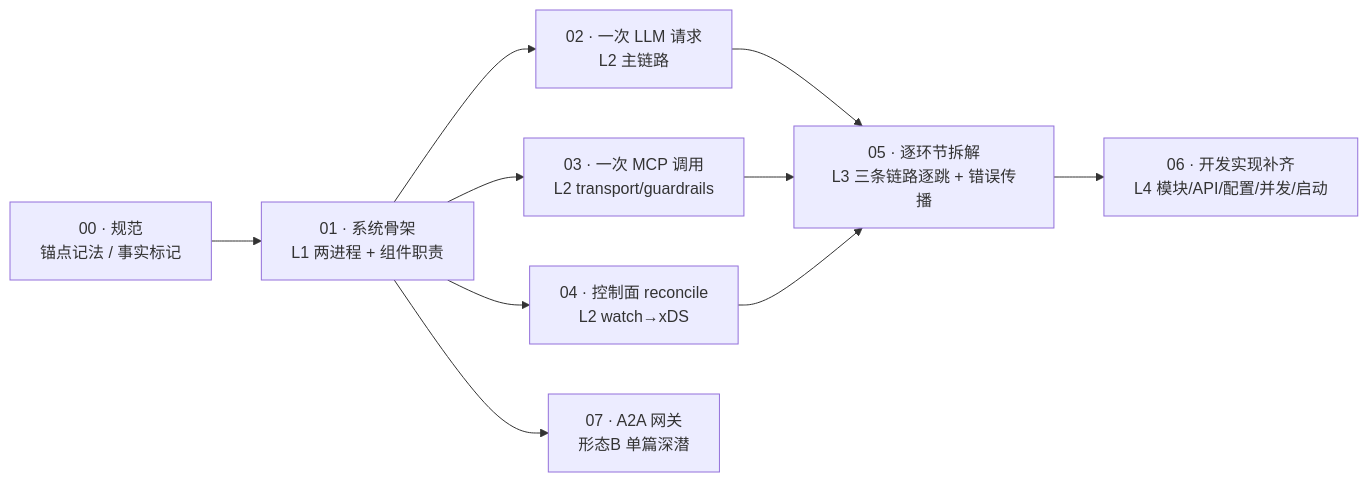
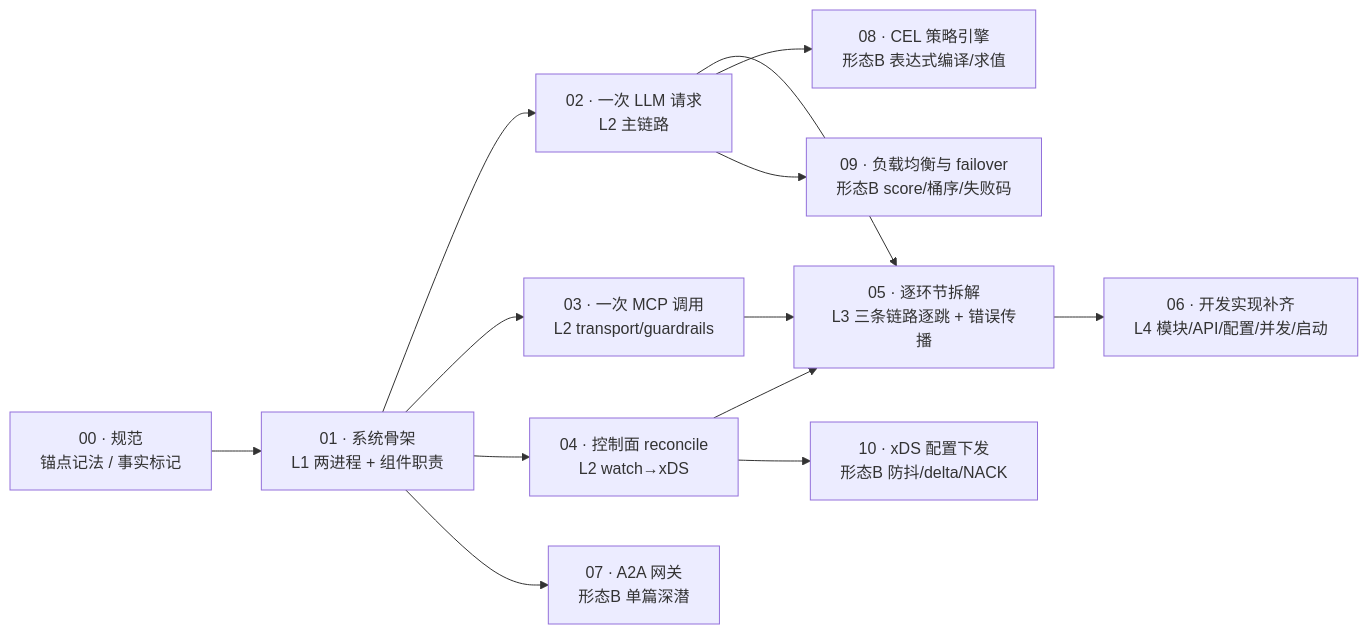
Before and after one commit to adrian9778/agentgateway: the diagram in docs/sourceReader/README.md, drawn with Mermaid. The commit also changed other lines of this file and 9 other files, not shown here.

````diff
--- a/docs/sourceReader/README.md
+++ b/docs/sourceReader/README.md
@@ -20,12 +20,15 @@
 ```mermaid
 flowchart LR
     A["00 · 规范<br/>锚点记法 / 事实标记"] --> B["01 · 系统骨架<br/>L1 两进程 + 组件职责"]
     B --> C["02 · 一次 LLM 请求<br/>L2 主链路"]
     B --> D["03 · 一次 MCP 调用<br/>L2 transport/guardrails"]
     B --> E["04 · 控制面 reconcile<br/>L2 watch→xDS"]
     C --> F["05 · 逐环节拆解<br/>L3 三条链路逐跳 + 错误传播"]
     D --> F
     E --> F
     F --> G["06 · 开发实现补齐<br/>L4 模块/API/配置/并发/启动"]
     B --> H["07 · A2A 网关<br/>形态B 单篇深潜"]
+    C --> I["08 · CEL 策略引擎<br/>形态B 表达式编译/求值"]
+    C --> J["09 · 负载均衡与 failover<br/>形态B score/桶序/失败码"]
+    E --> K["10 · xDS 配置下发<br/>形态B 防抖/delta/NACK"]
 ```
````
